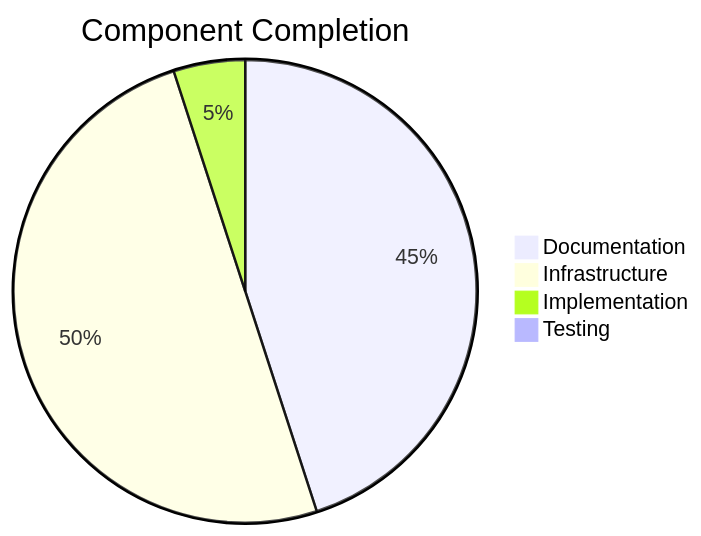
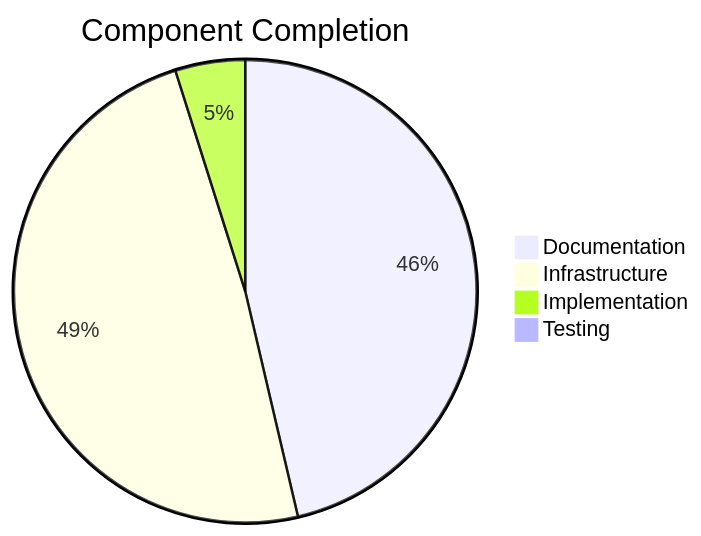
Before and after one commit to laialex501/lorechat-cdk: the diagram in memory-bank/progress.md, drawn with Mermaid. The commit also changed other lines of this file and 3 other files, not shown here.

````diff
--- a/memory-bank/progress.md
+++ b/memory-bank/progress.md
@@ -6,7 +6,7 @@
 ```mermaid
 pie title Component Completion
-    "Documentation" : 90
+    "Documentation" : 95
     "Infrastructure" : 100
     "Implementation" : 10
     "Testing" : 0
 ```
````
